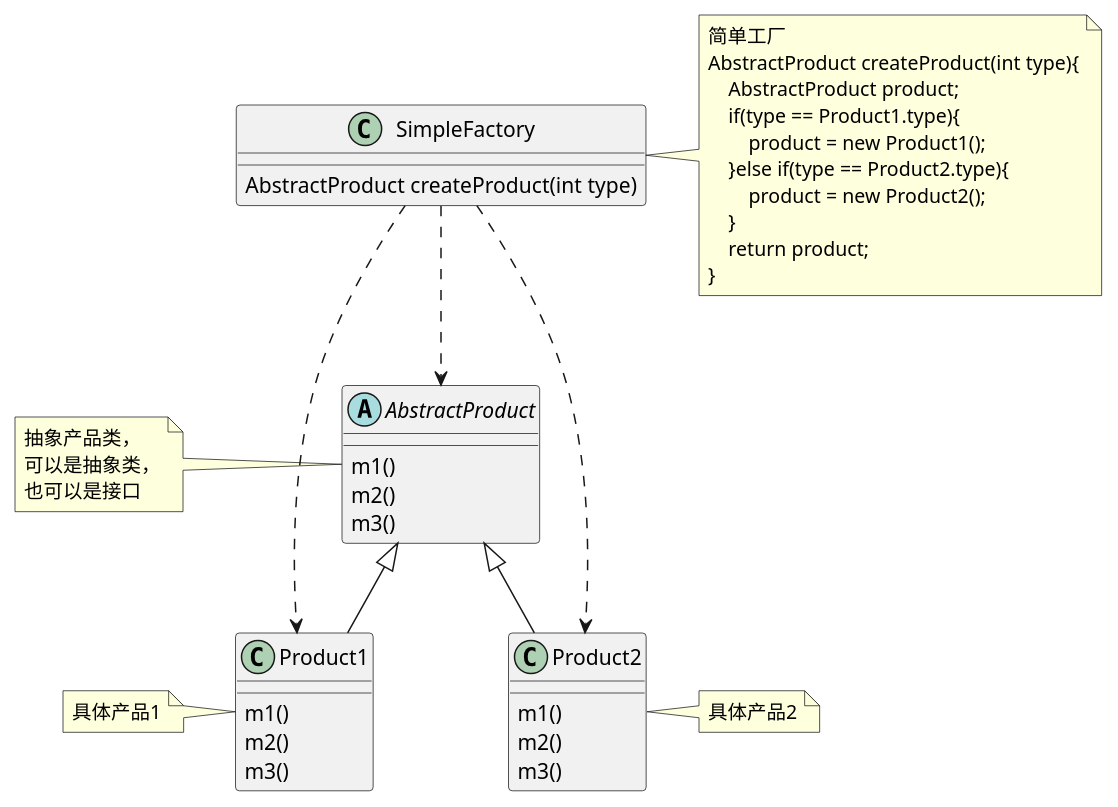
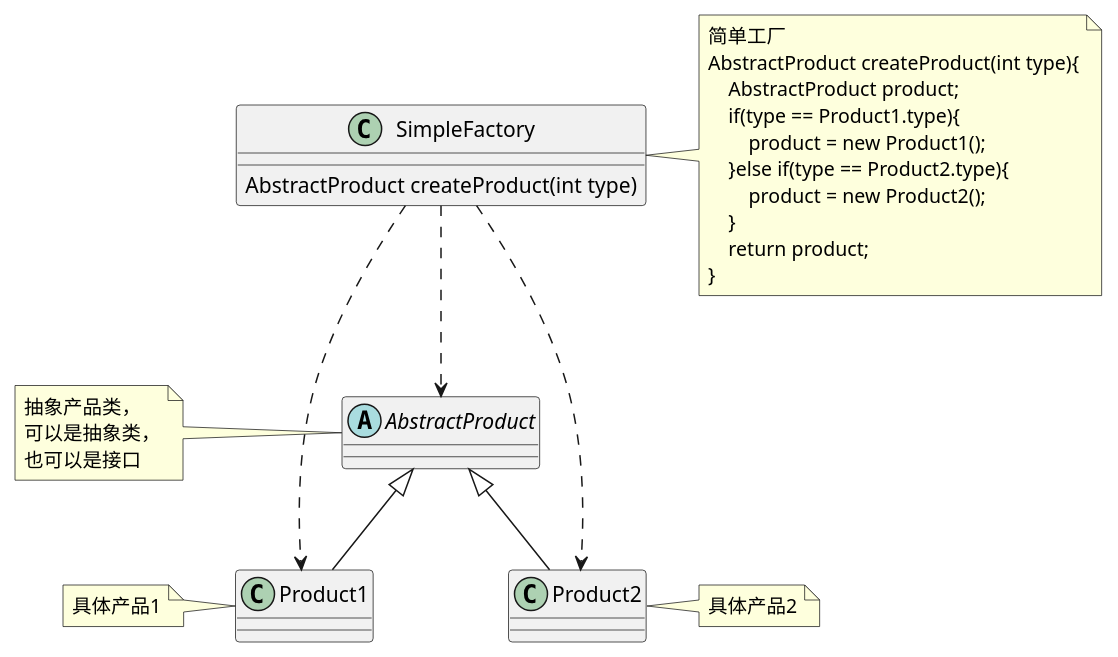
The diagram in doc/UML/ms/MS321.puml (Drintau/StudyRepository), drawn with PlantUML before and after one commit. The commit also changed 5 other files, not shown here.

```diff
--- a/doc/UML/ms/MS321.puml
+++ b/doc/UML/ms/MS321.puml
@@ -1,43 +1,31 @@
 @startuml
 
-abstract class AbstractProduct{
-    m1()
-    m2()
-    m3()
-}
+abstract class AbstractProduct{}
 note left of AbstractProduct: 抽象产品类，\n可以是抽象类，\n也可以是接口
-class Product1{
-    m1()
-    m2()
-    m3()
-}
+class Product1{}
 note left of Product1: 具体产品1
-class Product2{
-    m1()
-    m2()
-    m3()
-}
+class Product2{}
 note right of Product2: 具体产品2
 class SimpleFactory{
     AbstractProduct createProduct(int type)
 }
 note right of SimpleFactory
 简单工厂
 AbstractProduct createProduct(int type){
     AbstractProduct product;
     if(type == Product1.type){
         product = new Product1();
     }else if(type == Product2.type){
         product = new Product2();
     }
     return product;
 }
 end note
 
 SimpleFactory ..> AbstractProduct
 SimpleFactory ..> Product1
 SimpleFactory ..> Product2
 AbstractProduct <|-- Product1
 AbstractProduct <|-- Product2
 
 @enduml
```
